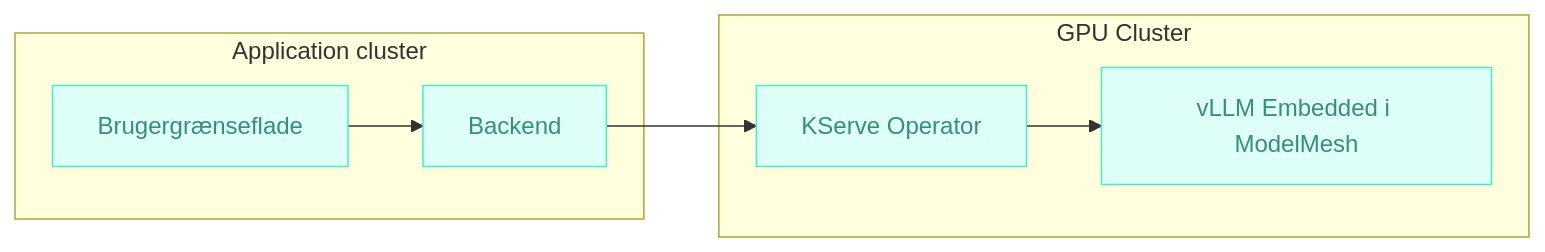
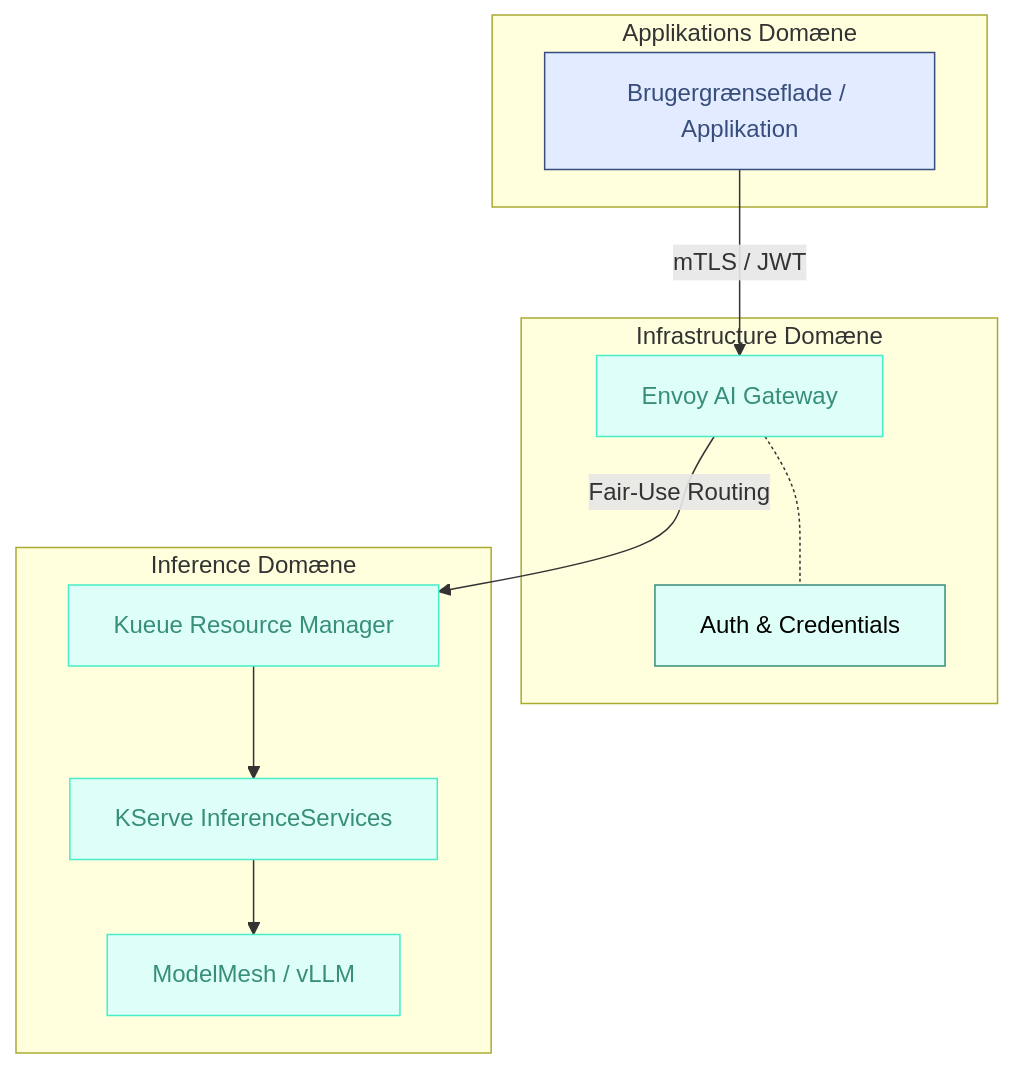
The diagram in proposals/20025-11-25-llm-as-a-service.md (janhalen/enterprise-architecture-patterns), drawn with Mermaid before and after one commit. The commit also changed other lines of this file, not shown here.

Commit message:
Added fair use queing and secure gateway to the proposal

````diff
--- a/proposals/20025-11-25-llm-as-a-service.md
+++ b/proposals/20025-11-25-llm-as-a-service.md
@@ -41,21 +42,33 @@
 ```mermaid
-flowchart LR
-    subgraph Application cluster
-        A[Brugergrænseflade]
-        B[Backend]
-    end
-    subgraph GPU Cluster
-        C[KServe Operator]
-        D[vLLM Embedded i ModelMesh]
+flowchart TD
+    subgraph "Applikations Domæne"
+        A[Brugergrænseflade / Applikation]
     end
 
-    A --> B --> C --> D
+    subgraph "Infrastructure Domæne"
+        B[Envoy AI Gateway]-.-
+        B1[Auth & Credentials]
+    end
 
-    A:::Aqua
+    subgraph "Inference Domæne"
+        C[Kueue Resource Manager]
+        D[KServe InferenceServices]
+        E[ModelMesh / vLLM]
+    end
+
+    A -->|mTLS / JWT| B
+    B -->|Fair-Use Routing| C
+    C --> D
+    D --> E
+
+    classDef Sky stroke-width:1px, stroke-dasharray:none, stroke:#374D7C, fill:#E2EBFF, color:#374D7C
+    classDef Aqua stroke-width:1px, stroke-dasharray:none, stroke:#46EDC8, fill:#DEFFF8, color:#378E7A
+    classDef Tech stroke-width:1px, stroke-dasharray:none, stroke:#378E7A, fill:#DEFFF8, color:#000
+    
+    A:::Sky
     B:::Aqua
+    B1:::Tech
     C:::Aqua
     D:::Aqua
-    classDef Sky stroke-width:1px, stroke-dasharray:none, stroke:#374D7C, fill:#E2EBFF, color:#374D7C
-    classDef Ash stroke-width:1px, stroke-dasharray:none, stroke:#999999, fill:#EEEEEE, color:#000000
-    classDef Aqua stroke-width:1px, stroke-dasharray:none, stroke:#46EDC8, fill:#DEFFF8, color:#378E7A
+    E:::Aqua
 ```
````
